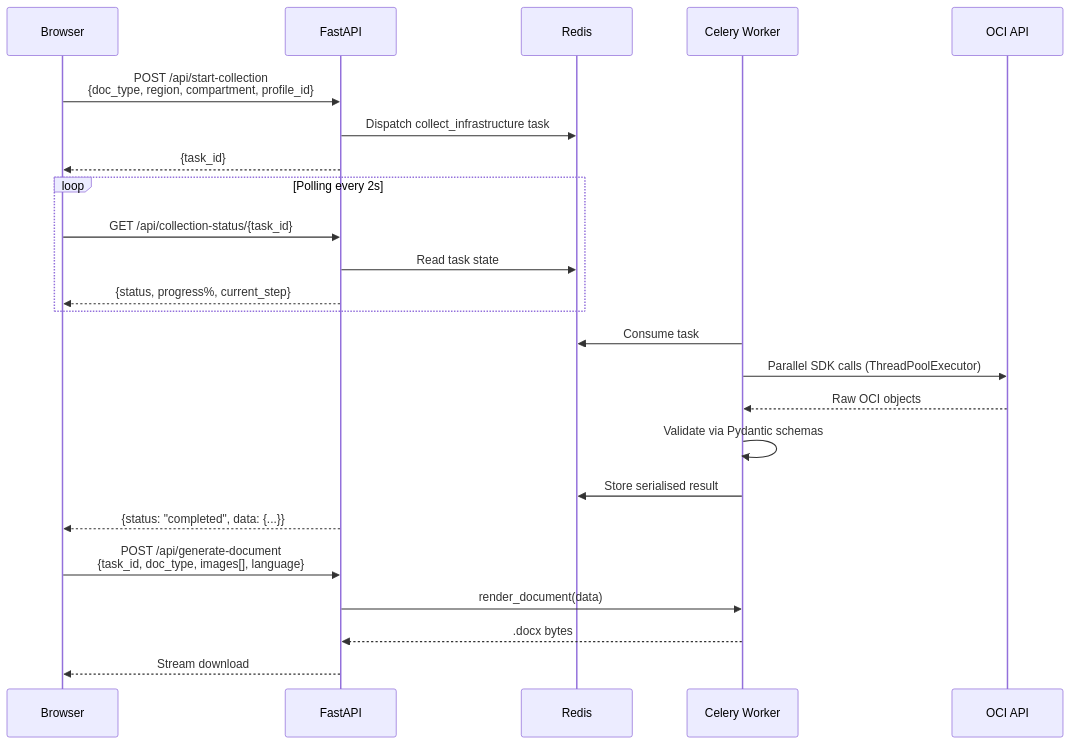
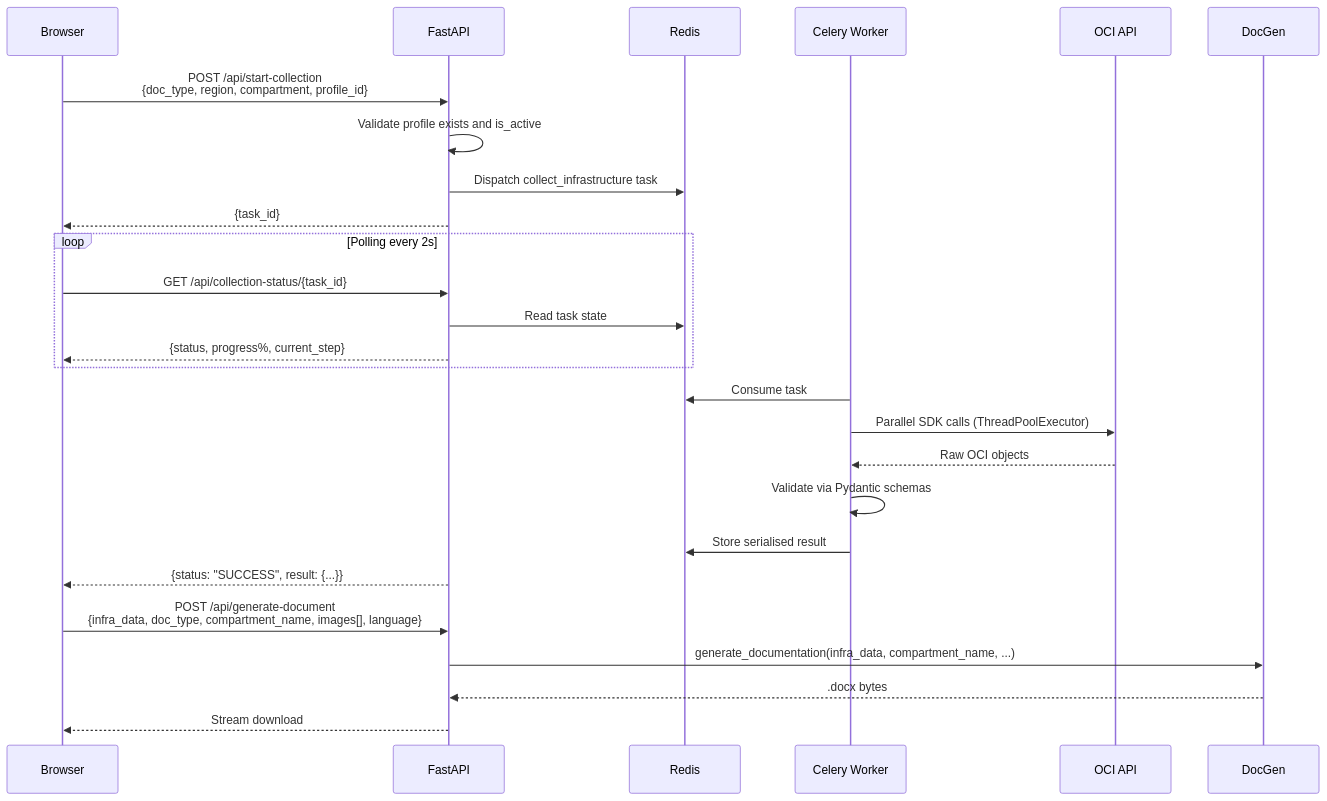
The second of 7 diagrams in README.md (Pedr0Teixeira/oci-docgen), drawn with Mermaid before and after one commit. The commit also changed other lines of this file and 9 other files, not shown here.

Commit message:
feat: Introduce profile active/inactive states, generator wizard step dependency enforcement, and announcements, updating documentation and diagrams.

````diff
--- a/README.md
+++ b/README.md
@@ -159,31 +165,32 @@
 ```mermaid
 sequenceDiagram
- participant B as Browser
- participant A as FastAPI
- participant R as Redis
- participant C as Celery Worker
- participant O as OCI API
+  participant B as Browser
+  participant A as FastAPI
+  participant R as Redis
+  participant C as Celery Worker
+  participant O as OCI API
 
- B->>A: POST /api/start-collection<br/>{doc_type, region, compartment, profile_id}
- A->>R: Dispatch collect_infrastructure task
- A-->>B: {task_id}
+  B->>A: POST /api/start-collection<br/>{doc_type, region, compartment, profile_id}
+  A->>A: Validate profile exists and is_active
+  A->>R: Dispatch collect_infrastructure task
+  A-->>B: {task_id}
 
- loop Polling every 2s
- B->>A: GET /api/collection-status/{task_id}
- A->>R: Read task state
- A-->>B: {status, progress%, current_step}
- end
+  loop Polling every 2s
+    B->>A: GET /api/collection-status/{task_id}
+    A->>R: Read task state
+    A-->>B: {status, progress%, current_step}
+  end
 
- C->>R: Consume task
- C->>O: Parallel SDK calls (ThreadPoolExecutor)
- O-->>C: Raw OCI objects
- C->>C: Validate via Pydantic schemas
- C->>R: Store serialised result
+  C->>R: Consume task
+  C->>O: Parallel SDK calls (ThreadPoolExecutor)
+  O-->>C: Raw OCI objects
+  C->>C: Validate via Pydantic schemas
+  C->>R: Store serialised result
 
- A-->>B: {status: "completed", data: {...}}
+  A-->>B: {status: "SUCCESS", result: {...}}
 
- B->>A: POST /api/generate-document<br/>{task_id, doc_type, images[], language}
- A->>C: render_document(data)
- C-->>A: .docx bytes
- A-->>B: Stream download
+  B->>A: POST /api/generate-document<br/>{infra_data, doc_type, compartment_name, images[], language}
+  A->>DocGen: generate_documentation(infra_data, compartment_name, ...)
+  DocGen-->>A: .docx bytes
+  A-->>B: Stream download
 ```
````
